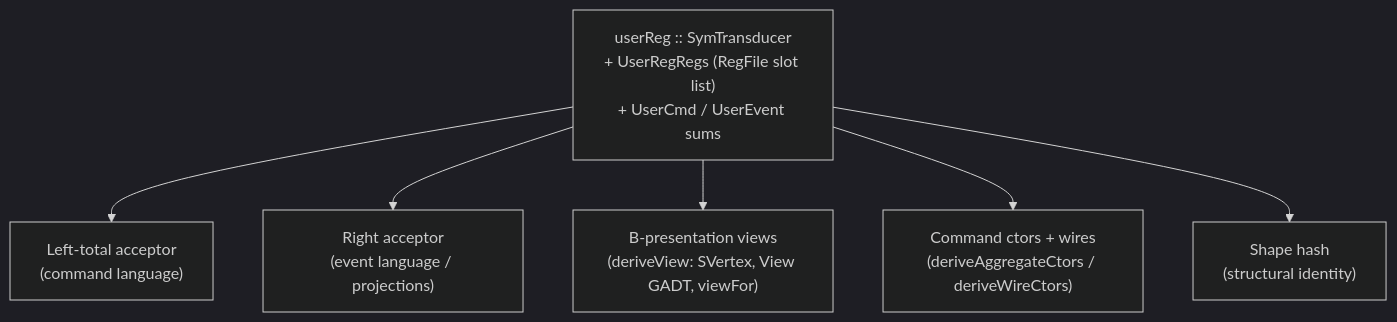
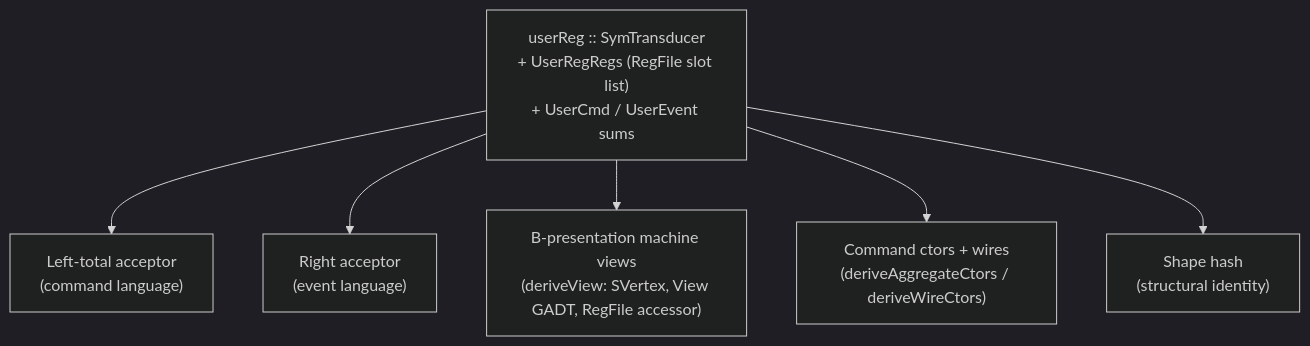
One commit to shinzui/keiro-runtime-docs changed the diagram in content/docs/keiki/walkthrough/derivations/00-start-here.mdx. Above: the diagram before and after it, drawn with Mermaid (dark theme). The commit also changed other lines of this file and 31 other files, not shown here.

Commit message:
docs: clarify projection and machine view boundaries

````diff
--- a/content/docs/keiki/walkthrough/derivations/00-start-here.mdx
+++ b/content/docs/keiki/walkthrough/derivations/00-start-here.mdx
@@ -23,9 +23,9 @@
 ```mermaid
 flowchart TD
   Root["userReg :: SymTransducer<br/>+ UserRegRegs (RegFile slot list)<br/>+ UserCmd / UserEvent sums"]
   Root --> AccL["Left-total acceptor<br/>(command language)"]
-  Root --> AccR["Right acceptor<br/>(event language / projections)"]
-  Root --> Views["B-presentation views<br/>(deriveView: SVertex, View GADT, viewFor)"]
+  Root --> AccR["Right acceptor<br/>(event language)"]
+  Root --> Views["B-presentation machine views<br/>(deriveView: SVertex, View GADT, RegFile accessor)"]
   Root --> Ctors["Command ctors + wires<br/>(deriveAggregateCtors / deriveWireCtors)"]
   Root --> Hash["Shape hash<br/>(structural identity)"]
 ```
````
